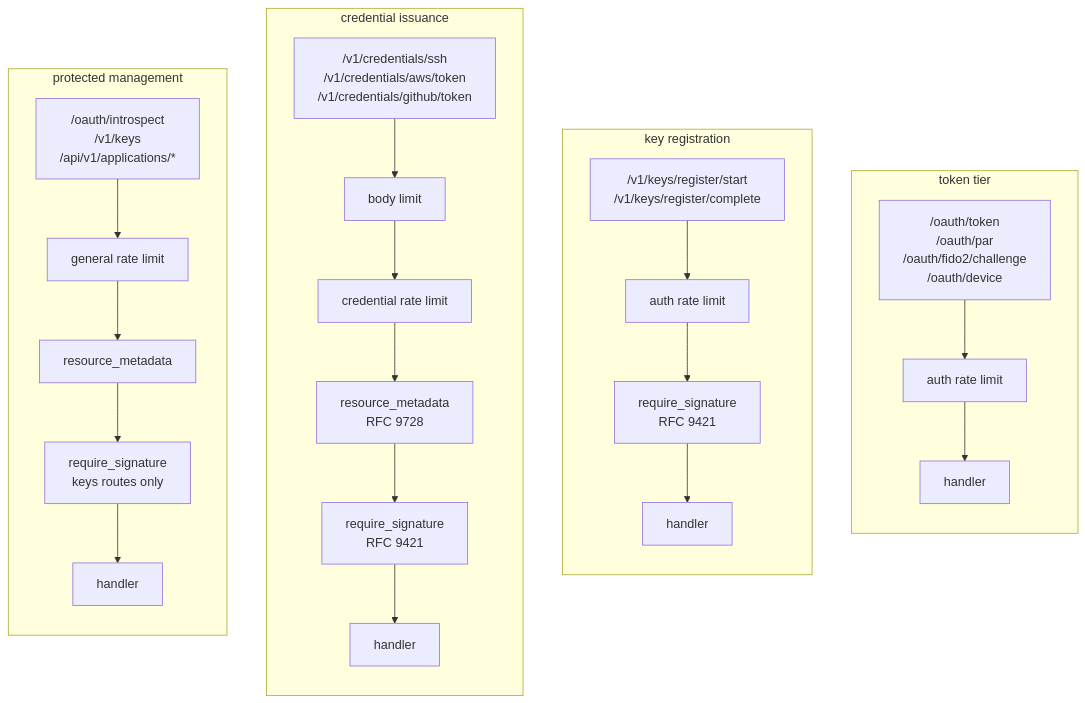
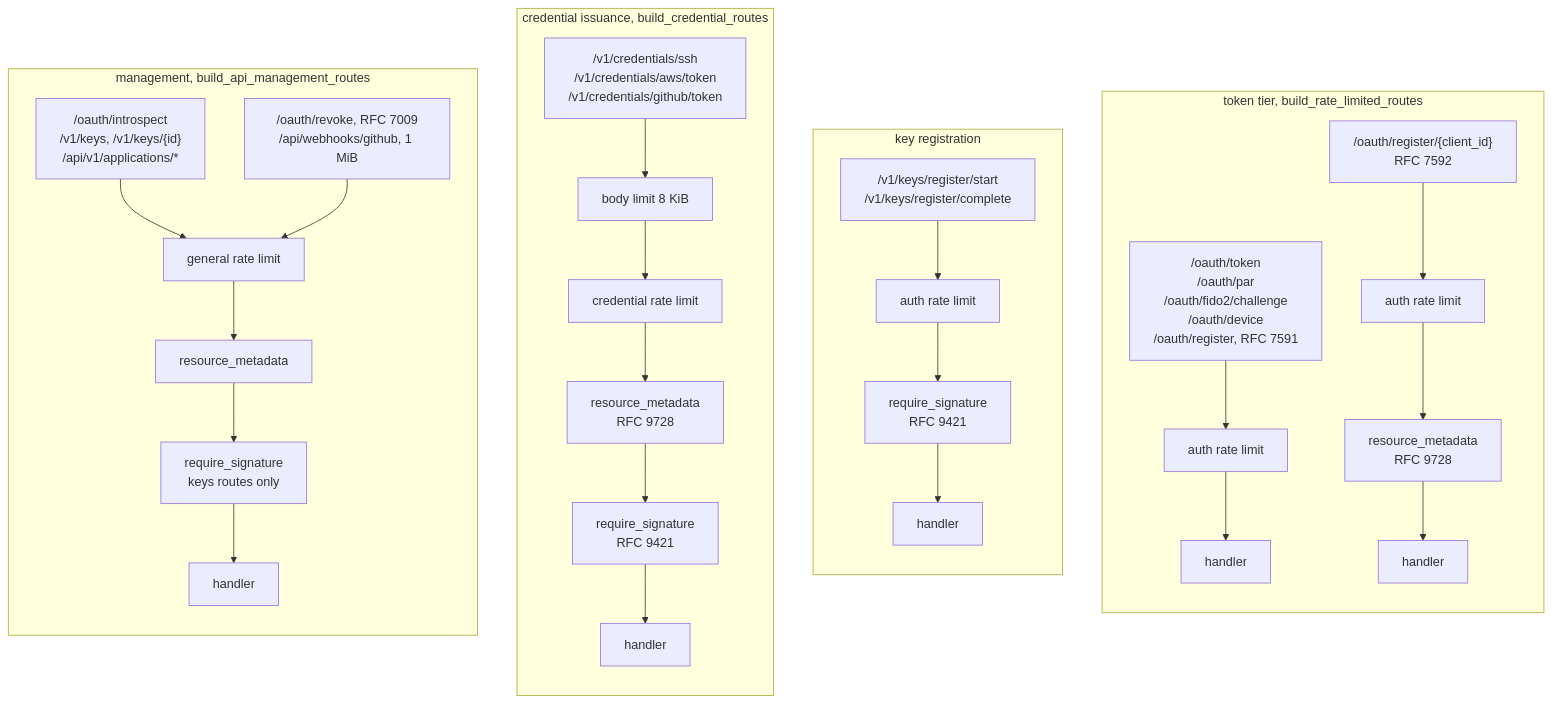
One commit to vouch-sh/vouch changed the third of 8 diagrams in crates/vouch-server/ARCHITECTURE.md. Above: the diagram before and after it, drawn with Mermaid. The commit also changed other lines of this file, not shown here.

````diff
--- a/crates/vouch-server/ARCHITECTURE.md
+++ b/crates/vouch-server/ARCHITECTURE.md
@@ -155,19 +190,21 @@
 ```mermaid
 flowchart TB
-  subgraph T["token tier"]
+  subgraph T["token tier, build_rate_limited_routes"]
     direction TB
-    t0["/oauth/token<br/>/oauth/par<br/>/oauth/fido2/challenge<br/>/oauth/device"] --> t1["auth rate limit"] --> t2["handler"]
+    t0["/oauth/token<br/>/oauth/par<br/>/oauth/fido2/challenge<br/>/oauth/device<br/>/oauth/register, RFC 7591"] --> t1["auth rate limit"] --> t2["handler"]
+    r0["/oauth/register/{client_id}<br/>RFC 7592"] --> t1b["auth rate limit"] --> r1["resource_metadata<br/>RFC 9728"] --> r2["handler"]
   end
   subgraph K["key registration"]
     direction TB
     k0["/v1/keys/register/start<br/>/v1/keys/register/complete"] --> k1["auth rate limit"] --> k2["require_signature<br/>RFC 9421"] --> k3["handler"]
   end
-  subgraph C["credential issuance"]
+  subgraph C["credential issuance, build_credential_routes"]
     direction TB
-    c0["/v1/credentials/ssh<br/>/v1/credentials/aws/token<br/>/v1/credentials/github/token"] --> c1["body limit"] --> c2["credential rate limit"] --> c3["resource_metadata<br/>RFC 9728"] --> c4["require_signature<br/>RFC 9421"] --> c5["handler"]
+    c0["/v1/credentials/ssh<br/>/v1/credentials/aws/token<br/>/v1/credentials/github/token"] --> c1["body limit 8 KiB"] --> c2["credential rate limit"] --> c3["resource_metadata<br/>RFC 9728"] --> c4["require_signature<br/>RFC 9421"] --> c5["handler"]
   end
-  subgraph M["protected management"]
+  subgraph M["management, build_api_management_routes"]
     direction TB
-    m0["/oauth/introspect<br/>/v1/keys<br/>/api/v1/applications/*"] --> m1["general rate limit"] --> m2["resource_metadata"] --> m3["require_signature<br/>keys routes only"] --> m4["handler"]
+    m0["/oauth/introspect<br/>/v1/keys, /v1/keys/{id}<br/>/api/v1/applications/*"] --> m1["general rate limit"] --> m2["resource_metadata"] --> m3["require_signature<br/>keys routes only"] --> m4["handler"]
+    m5["/oauth/revoke, RFC 7009<br/>/api/webhooks/github, 1 MiB"] --> m1
   end
 ```
````
